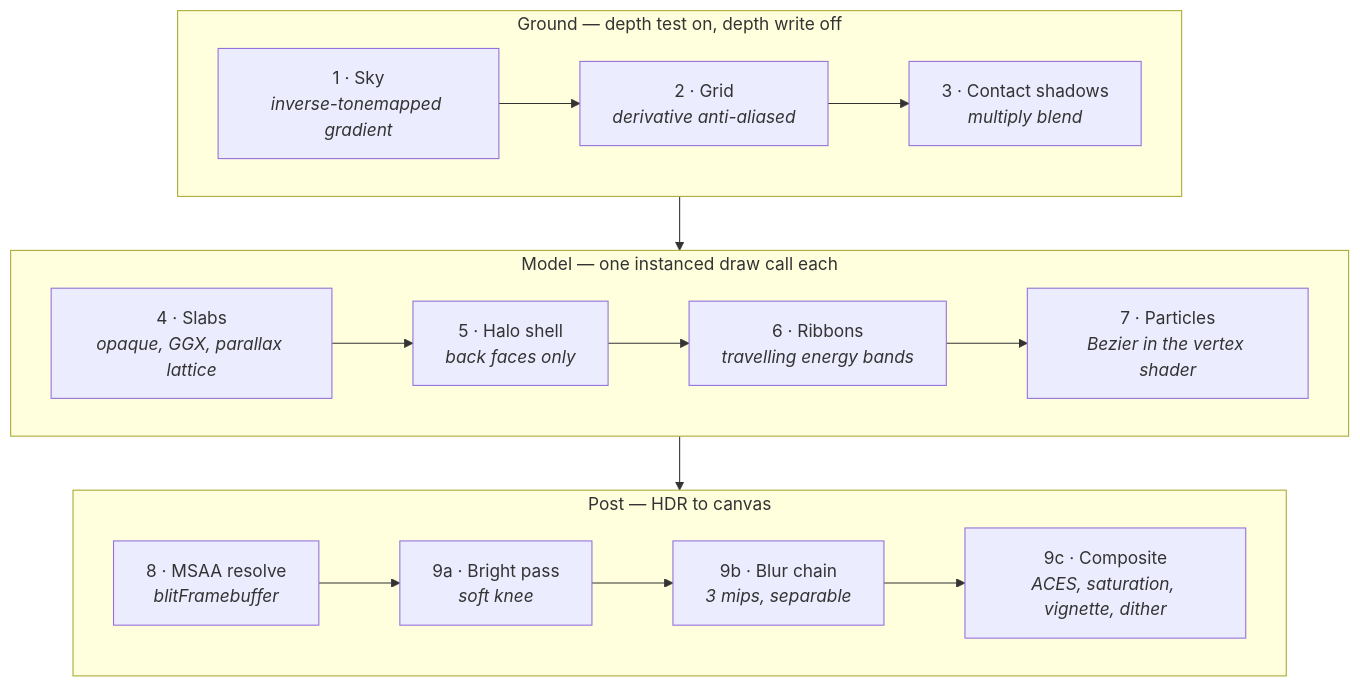
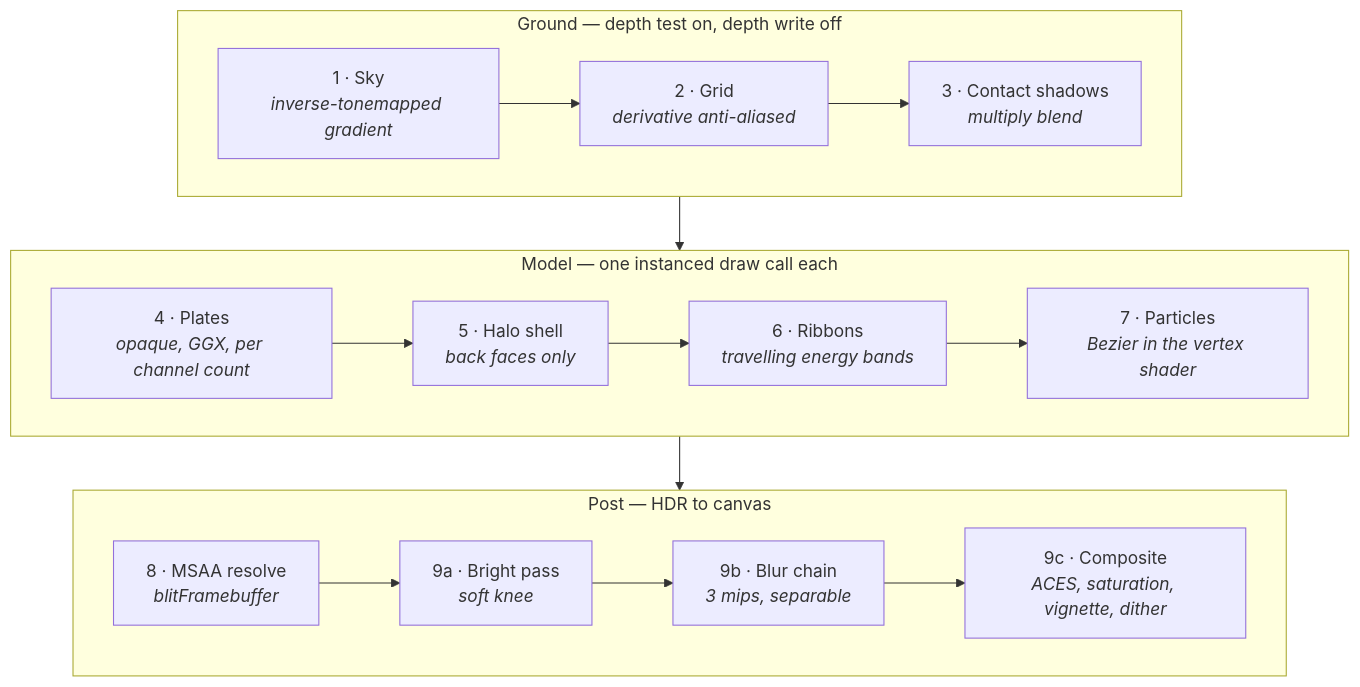
The third of 4 diagrams in README.md (chanjoongx/layercal), drawn with Mermaid before and after one commit. The commit also changed other lines of this file and 17 other files, not shown here.

````diff
--- a/README.md
+++ b/README.md
@@ -172,20 +174,20 @@
 ```mermaid
 flowchart TB
     subgraph a["Ground &mdash; depth test on, depth write off"]
         direction LR
         S["1 &middot; Sky<br/><i>inverse-tonemapped gradient</i>"] --> G["2 &middot; Grid<br/><i>derivative anti-aliased</i>"] --> SH["3 &middot; Contact shadows<br/><i>multiply blend</i>"]
     end
 
     subgraph b["Model &mdash; one instanced draw call each"]
         direction LR
-        SL["4 &middot; Slabs<br/><i>opaque, GGX, parallax lattice</i>"] --> HL["5 &middot; Halo shell<br/><i>back faces only</i>"] --> RB["6 &middot; Ribbons<br/><i>travelling energy bands</i>"] --> PT["7 &middot; Particles<br/><i>Bezier in the vertex shader</i>"]
+        SL["4 &middot; Plates<br/><i>opaque, GGX, per channel count</i>"] --> HL["5 &middot; Halo shell<br/><i>back faces only</i>"] --> RB["6 &middot; Ribbons<br/><i>travelling energy bands</i>"] --> PT["7 &middot; Particles<br/><i>Bezier in the vertex shader</i>"]
     end
 
     subgraph c["Post &mdash; HDR to canvas"]
         direction LR
         RS["8 &middot; MSAA resolve<br/><i>blitFramebuffer</i>"] --> BR["9a &middot; Bright pass<br/><i>soft knee</i>"] --> BL["9b &middot; Blur chain<br/><i>3 mips, separable</i>"] --> CO["9c &middot; Composite<br/><i>ACES, saturation, vignette, dither</i>"]
     end
 
     a --> b
     b --> c
 ```
````
